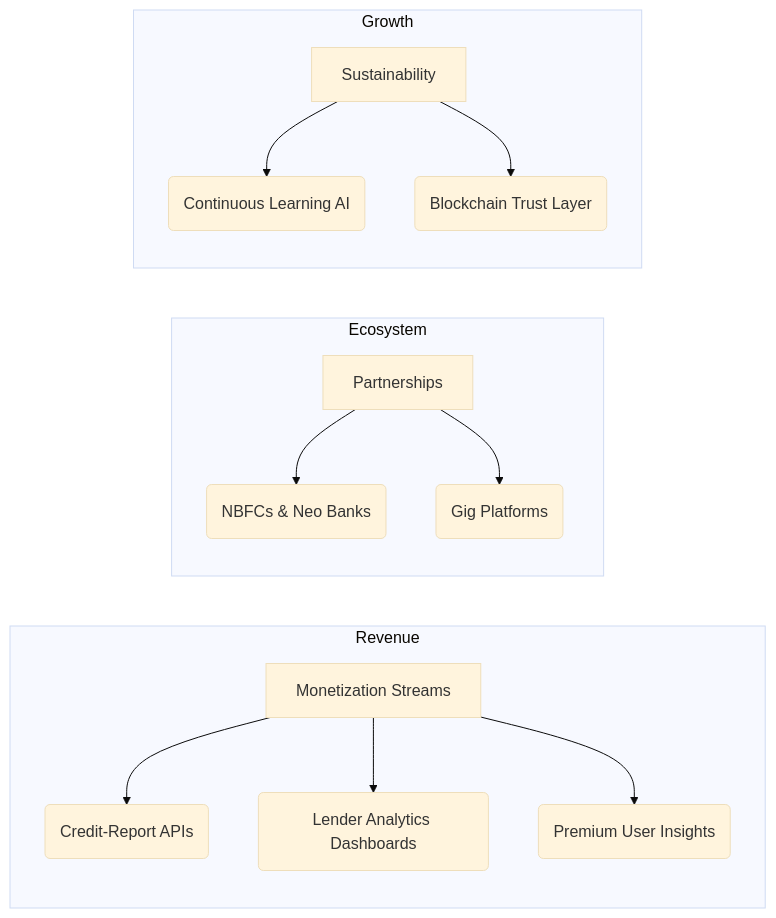
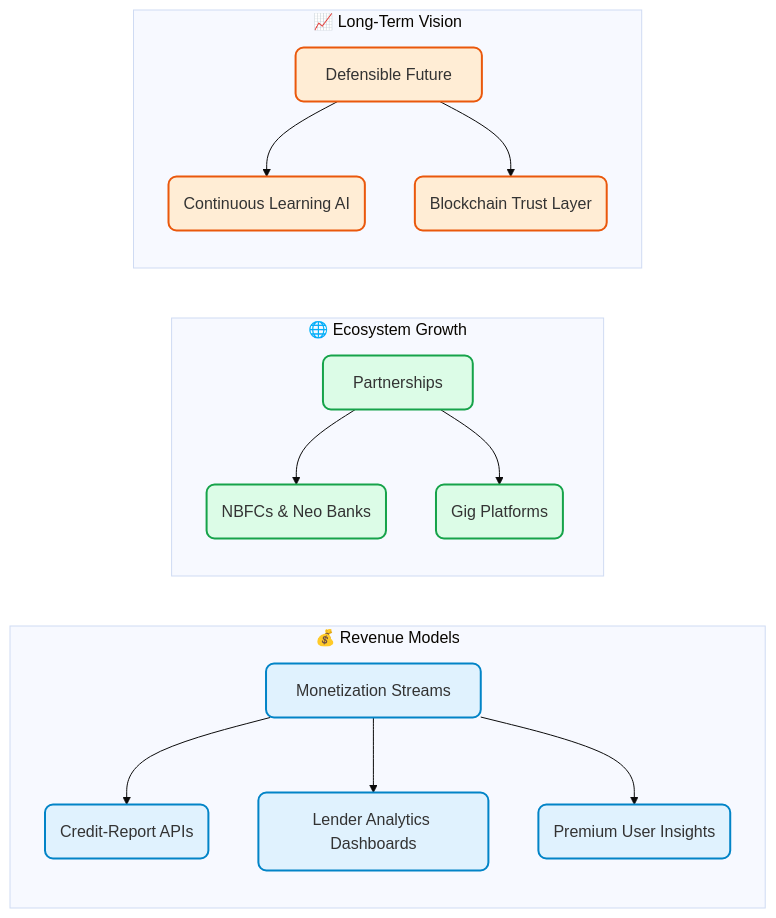
The second of 2 diagrams in README.md (kumarsutanu09das/Crediflow-chaar-yaar-), drawn with Mermaid (base theme) before and after one commit. The commit also changed other lines of this file, not shown here.

````diff
--- a/README.md
+++ b/README.md
@@ -49,18 +67,23 @@
 ```mermaid
 graph LR
-    subgraph Revenue
-        A[Monetization Streams] --> B(Credit-Report APIs)
-        A --> C(Lender Analytics Dashboards)
-        A --> D(Premium User Insights)
+    %% Styling
+    classDef rev fill:#e0f2fe,stroke:#0284c7,stroke-width:2px,rx:8,ry:8;
+    classDef eco fill:#dcfce7,stroke:#16a34a,stroke-width:2px,rx:8,ry:8;
+    classDef sus fill:#ffedd5,stroke:#ea580c,stroke-width:2px,rx:8,ry:8;
+    
+    subgraph Revenue [💰 Revenue Models]
+        A[Monetization Streams]:::rev --> B(Credit-Report APIs):::rev
+        A --> C(Lender Analytics Dashboards):::rev
+        A --> D(Premium User Insights):::rev
     end
     
-    subgraph Ecosystem
-        E[Partnerships] --> F(NBFCs & Neo Banks)
-        E --> G(Gig Platforms)
+    subgraph Ecosystem [🌐 Ecosystem Growth]
+        E[Partnerships]:::eco --> F(NBFCs & Neo Banks):::eco
+        E --> G(Gig Platforms):::eco
     end
     
-    subgraph Growth
-        H[Sustainability] --> I(Continuous Learning AI)
-        H --> J(Blockchain Trust Layer)
+    subgraph Sustainability [📈 Long-Term Vision]
+        H[Defensible Future]:::sus --> I(Continuous Learning AI):::sus
+        H --> J(Blockchain Trust Layer):::sus
     end
 ```
````
